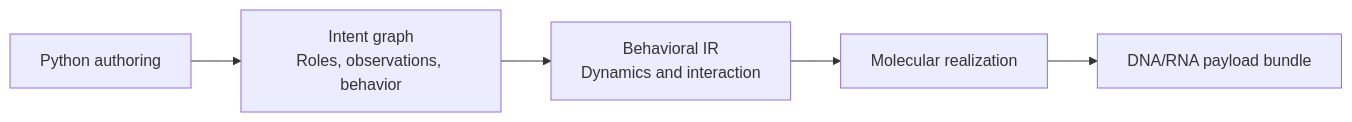
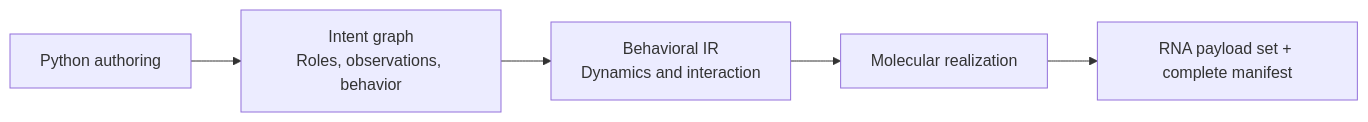
Before and after one commit to logannye/biocompiler: the diagram in docs/intent-api-v0.1.md, drawn with Mermaid. The commit also changed other lines of this file and 35 other files, not shown here.

Commit message:
Compile composite therapeutic architectures into complete RNA payload sets

````diff
--- a/docs/intent-api-v0.1.md
+++ b/docs/intent-api-v0.1.md
@@ -502,7 +511,7 @@
 ```mermaid
 flowchart LR
     PY["Python authoring"] --> INTENT["Intent graph<br/>Roles, observations, behavior"]
     INTENT --> BEHAVIOR["Behavioral IR<br/>Dynamics and interaction"]
     BEHAVIOR --> MOLECULES["Molecular realization"]
-    MOLECULES --> PAYLOAD["DNA/RNA payload bundle"]
+    MOLECULES --> PAYLOAD["RNA payload set + complete manifest"]
 ```
````
